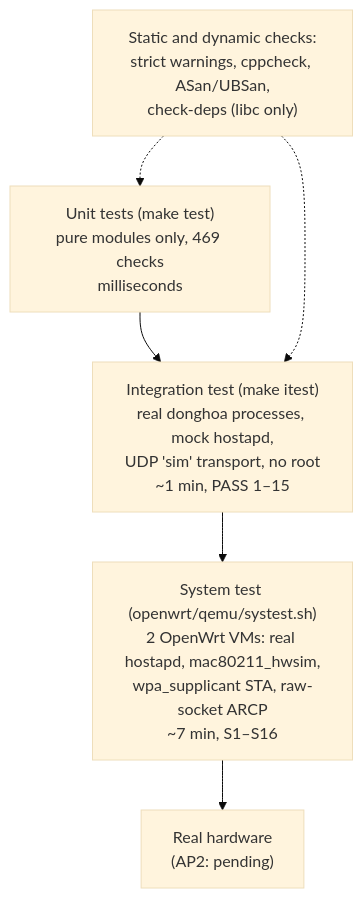
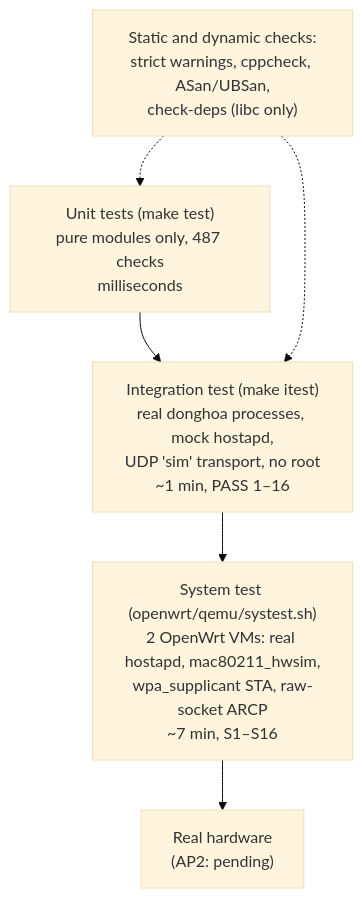
The diagram in docs/features/14-verification.md (ducndc/DongHoa), drawn with Mermaid (base theme) before and after one commit. The commit also changed other lines of this file and 20 other files, not shown here.

````diff
--- a/docs/features/14-verification.md
+++ b/docs/features/14-verification.md
@@ -9,8 +9,8 @@
 ```mermaid
 flowchart TB
-    U["Unit tests (make test)<br/>pure modules only, 469 checks<br/>milliseconds"] --> I["Integration test (make itest)<br/>real donghoa processes, mock hostapd,<br/>UDP 'sim' transport, no root<br/>~1 min, PASS 1–15"]
+    U["Unit tests (make test)<br/>pure modules only, 487 checks<br/>milliseconds"] --> I["Integration test (make itest)<br/>real donghoa processes, mock hostapd,<br/>UDP 'sim' transport, no root<br/>~1 min, PASS 1–16"]
     I --> Q["System test (openwrt/qemu/systest.sh)<br/>2 OpenWrt VMs: real hostapd, mac80211_hwsim,<br/>wpa_supplicant STA, raw-socket ARCP<br/>~7 min, S1–S16"]
     Q --> H["Real hardware<br/>(AP2: pending)"]
     S["Static and dynamic checks:<br/>strict warnings, cppcheck, ASan/UBSan,<br/>check-deps (libc only)"] -.-> U
     S -.-> I
 ```
````
